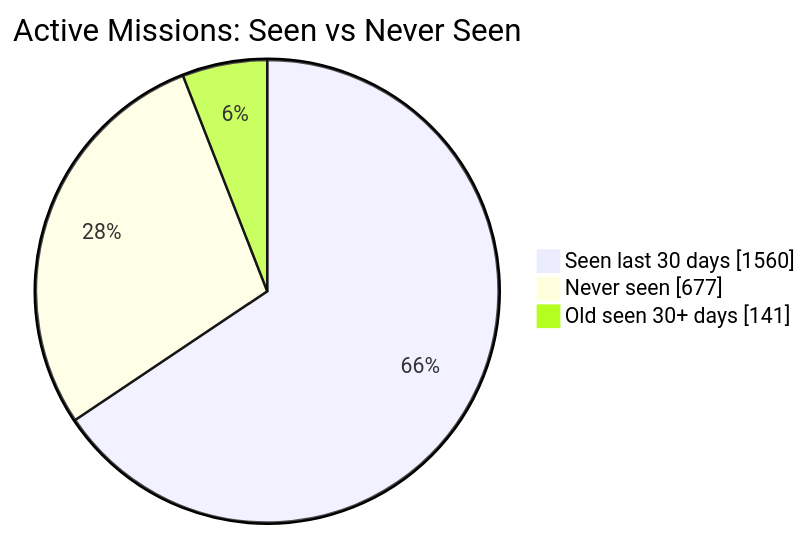
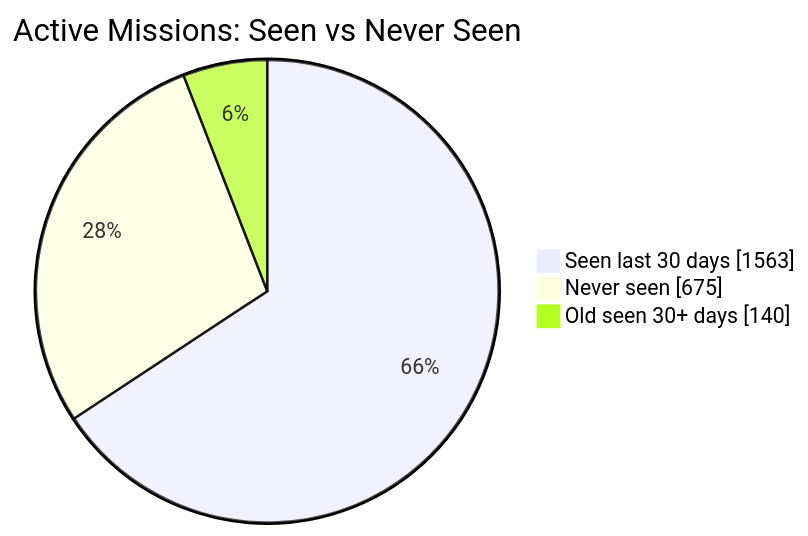
Before and after one commit to MeldkamerspelGameTeam/active-missions: the first of 2 diagrams in README.md, drawn with Mermaid. The commit also changed other lines of this file and 8 other files, not shown here.

````diff
--- a/README.md
+++ b/README.md
@@ -34,7 +34,7 @@
 ```mermaid
 pie showData
     title Active Missions: Seen vs Never Seen
-    "Seen last 30 days" : 1560
-    "Never seen" : 677
-    "Old seen 30+ days" : 141
+    "Seen last 30 days" : 1563
+    "Never seen" : 675
+    "Old seen 30+ days" : 140
 ```
````
